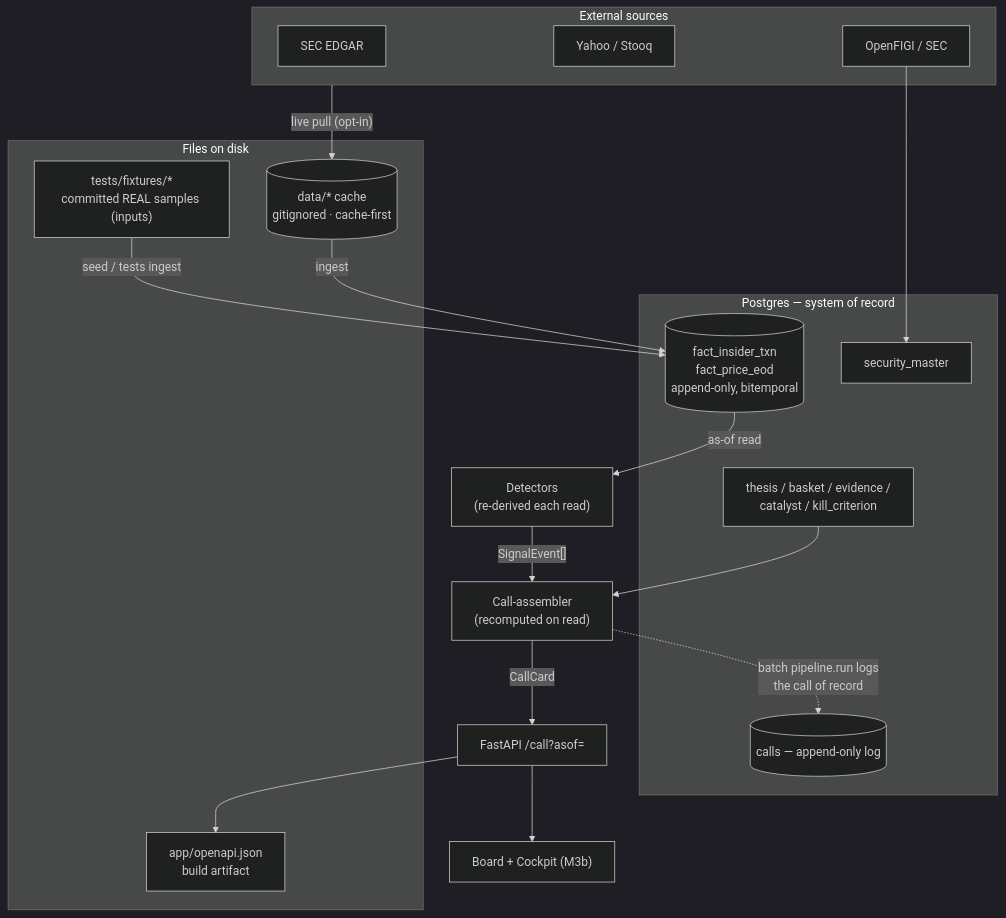
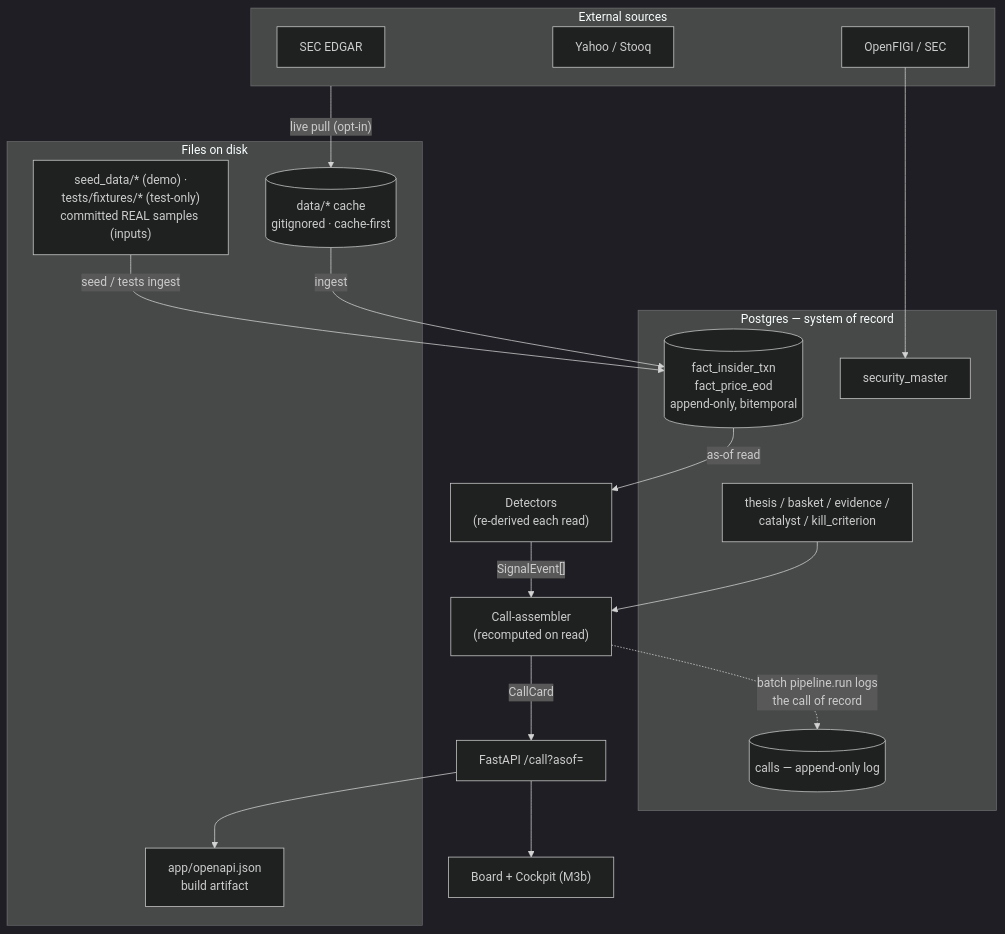
Before and after one commit to oakwoodgates/alphadeck: the diagram in docs/DATA_FLOW.md, drawn with Mermaid (dark theme). The commit also changed other lines of this file and 9 other files, not shown here.

First line of the commit message:
refactor: move HIMS demo fixtures to seed_data/ (P1.5)

````diff
--- a/docs/DATA_FLOW.md
+++ b/docs/DATA_FLOW.md
@@ -54,28 +54,28 @@
 ```mermaid
 flowchart TD
     subgraph SRC["External sources"]
       EDGAR["SEC EDGAR"]; YH["Yahoo / Stooq"]; FIGI["OpenFIGI / SEC"]
     end
     subgraph DISK["Files on disk"]
-      FIX["tests/fixtures/*<br/>committed REAL samples (inputs)"]
+      FIX["seed_data/* (demo) ·<br/>tests/fixtures/* (test-only)<br/>committed REAL samples (inputs)"]
       CACHE[("data/*  cache<br/>gitignored · cache-first")]
       OAPI["app/openapi.json<br/>build artifact"]
     end
     subgraph DB["Postgres — system of record"]
       SM["security_master"]
       FACTS[("fact_insider_txn<br/>fact_price_eod<br/>append-only, bitemporal")]
       SPINE["thesis / basket / evidence /<br/>catalyst / kill_criterion"]
       CALLS[("calls — append-only log")]
     end
     SRC -->|"live pull (opt-in)"| CACHE
     CACHE -->|ingest| FACTS
     FIX -->|"seed / tests ingest"| FACTS
     FIGI --> SM
     FACTS -->|"as-of read"| DET["Detectors<br/>(re-derived each read)"]
     SPINE --> ASM
     DET -->|"SignalEvent[]"| ASM["Call-assembler<br/>(recomputed on read)"]
     ASM -->|CallCard| API["FastAPI /call?asof="]
     ASM -.->|"batch pipeline.run logs<br/>the call of record"| CALLS
     API --> UI["Board + Cockpit (M3b)"]
     API --> OAPI
 ```
````
